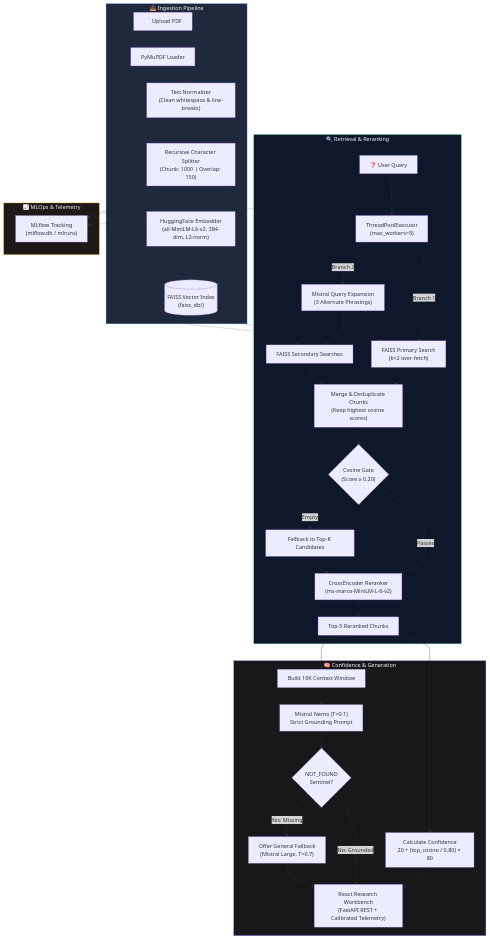
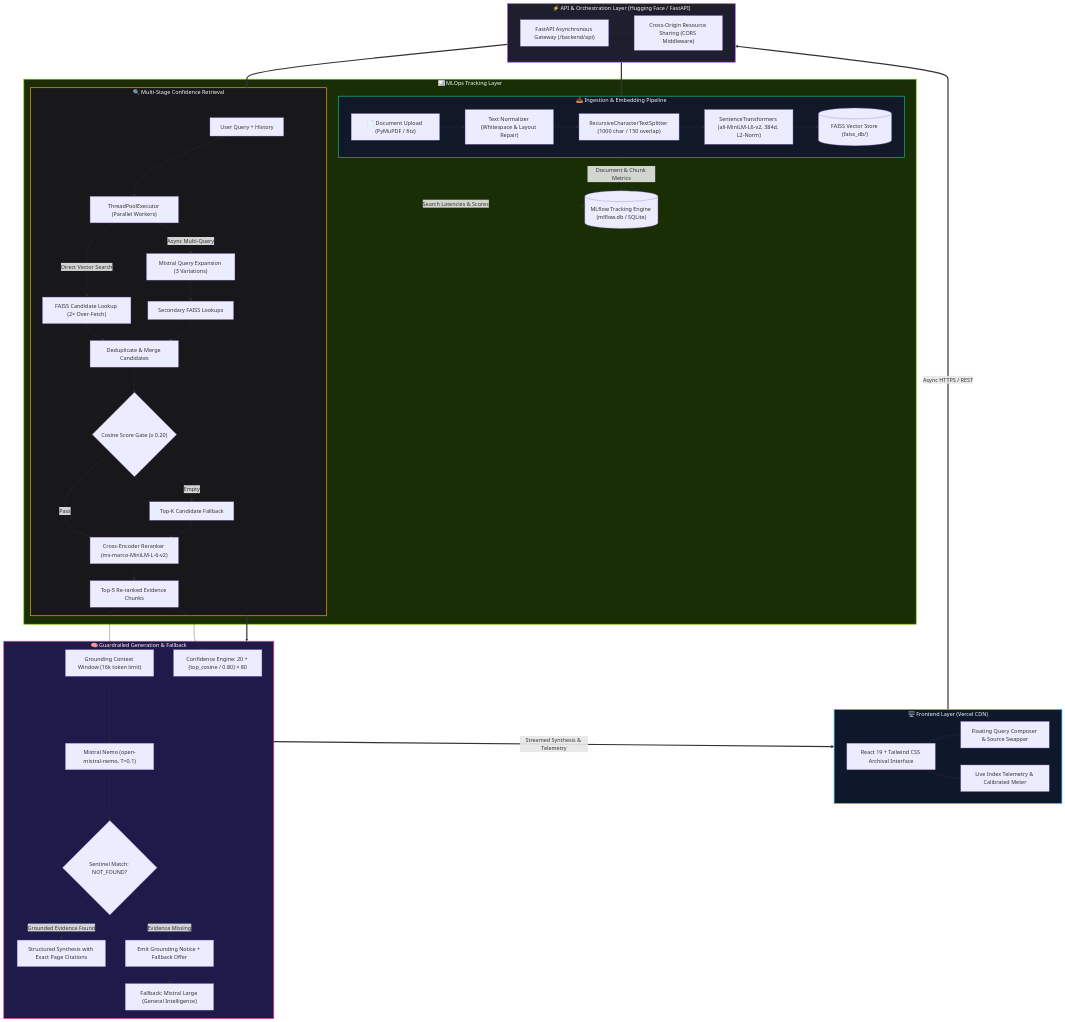
Before and after one commit to kumarvishal10351/-AURA-Adaptive-Unified-Retrieval-Assistant: the diagram in README.md, drawn with Mermaid. The commit also changed other lines of this file, not shown here.

Commit message:
docs: update comprehensive recruiter-ready README with live links and architecture details

````diff
--- a/README.md
+++ b/README.md
@@ -122,52 +85,71 @@
 ```mermaid
 flowchart TD
-    subgraph INGESTION ["📥 Ingestion Pipeline"]
-        A["📄 Upload PDF"] --> B["PyMuPDF Loader"]
-        B --> C["Text Normalizer<br/>(Clean whitespace & line-breaks)"]
-        C --> D["Recursive Character Splitter<br/>(Chunk: 1000 | Overlap: 150)"]
-        D --> E["HuggingFace Embedder<br/>(all-MiniLM-L6-v2, 384-dim, L2-norm)"]
-        E --> F[("FAISS Vector Index<br/>(faiss_db/)")]
+    subgraph CLIENT ["🖥️ Frontend Layer (Vercel CDN)"]
+        UI["React 19 + Tailwind CSS Archival Interface"]
+        COMP["Floating Query Composer & Source Swapper"]
+        TEL["Live Index Telemetry & Calibrated Meter"]
+        UI --- COMP
+        UI --- TEL
     end
 
-    subgraph RETRIEVAL ["🔍 Retrieval & Reranking"]
-        Q["❓ User Query"] --> PE["ThreadPoolExecutor<br/>(max_workers=5)"]
-        PE -->|"Branch 1"| FQ["FAISS Primary Search<br/>(k×2 over-fetch)"]
-        PE -->|"Branch 2"| QE["Mistral Query Expansion<br/>(3 Alternate Phrasings)"]
-        QE --> EQF["FAISS Secondary Searches"]
-        
-        FQ --> M["Merge & Deduplicate Chunks<br/>(Keep highest cosine scores)"]
-        EQF --> M
-        F -.-> FQ
-        F -.-> EQF
-
-        M --> GATE{"Cosine Gate<br/>(Score ≥ 0.20)"}
-        GATE -->|"Passes"| CE["CrossEncoder Reranker<br/>(ms-marco-MiniLM-L-6-v2)"]
-        GATE -->|"Empty"| FB_K["Fallback to Top-K Candidates"]
-        FB_K --> CE
-
-        CE --> TOP5["Top-5 Reranked Chunks"]
+    subgraph API_GATEWAY ["⚡ API & Orchestration Layer (Hugging Face / FastAPI)"]
+        FROUTER["FastAPI Asynchronous Gateway (/backend/api)"]
+        CORS["Cross-Origin Resource Sharing (CORS Middleware)"]
+        FROUTER --- CORS
     end
 
-    subgraph GENERATION ["🧠 Confidence & Generation"]
-        TOP5 --> CS["Calculate Confidence<br/>20 + (top_cosine / 0.80) × 80"]
-        TOP5 --> CTX["Build 16K Context Window"]
-        CTX --> LLM["Mistral Nemo (T=0.1)<br/>Strict Grounding Prompt"]
-        CS --> UI["React Research Workbench<br/>(FastAPI REST + Calibrated Telemetry)"]
-        LLM --> NF{"NOT_FOUND<br/>Sentinel?"}
-        NF -->|"No: Grounded"| UI
-        NF -->|"Yes: Missing"| FBO["Offer General Fallback<br/>(Mistral Large, T=0.7)"]
-        FBO --> UI
+    subgraph INGESTION ["📥 Ingestion & Embedding Pipeline"]
+        PDF["📄 Document Upload (PyMuPDF / fitz)"]
+        CLEAN["Text Normalizer (Whitespace & Layout Repair)"]
+        SPLIT["RecursiveCharacterTextSplitter (1000 char / 150 overlap)"]
+        EMBED["SentenceTransformers (all-MiniLM-L6-v2, 384d, L2-Norm)"]
+        FAISS_DB[("FAISS Vector Store (faiss_db/)")]
+
+        PDF --> CLEAN --> SPLIT --> EMBED --> FAISS_DB
     end
 
+    subgraph RETRIEVAL ["🔍 Multi-Stage Confidence Retrieval"]
+        Q["User Query + History"] --> PE["ThreadPoolExecutor (Parallel Workers)"]
+        PE -->|"Direct Vector Search"| FQ["FAISS Candidate Lookup (2× Over-Fetch)"]
+        PE -->|"Async Multi-Query"| QE["Mistral Query Expansion (3 Variations)"]
+        QE --> SQ["Secondary FAISS Lookups"]
+        
+        FQ & SQ --> MERGE["Deduplicate & Merge Candidates"]
+        MERGE --> GATE{"Cosine Score Gate (≥ 0.20)"}
+        
+        GATE -->|"Pass"| CE["Cross-Encoder Reranker (ms-marco-MiniLM-L-6-v2)"]
+        GATE -->|"Empty"| FALLBACK_K["Top-K Candidate Fallback"] --> CE
 
-    subgraph MLOPS ["📈 MLOps & Telemetry"]
-        B -.-> ML["MLflow Tracking<br/>(mlflow.db / mlruns)"]
-        D -.-> ML
-        Q -.-> ML
+        CE --> TOP5["Top-5 Re-ranked Evidence Chunks"]
     end
 
-    style INGESTION fill:#1e293b,stroke:#3b82f6,color:#f8fafc
-    style RETRIEVAL fill:#0f172a,stroke:#10b981,color:#f8fafc
-    style GENERATION fill:#18181b,stroke:#8b5cf6,color:#f8fafc
-    style MLOPS fill:#1c1917,stroke:#f59e0b,color:#f8fafc
+    subgraph GENERATION ["🧠 Guardrailed Generation & Fallback"]
+        TOP5 --> CALC["Confidence Engine: 20 + (top_cosine / 0.80) × 80"]
+        TOP5 --> PROMPT["Grounding Context Window (16k token limit)"]
+        PROMPT --> MISTRAL_NEMO["Mistral Nemo (open-mistral-nemo, T=0.1)"]
+        
+        MISTRAL_NEMO --> CHECK{"Sentinel Match: NOT_FOUND?"}
+        CHECK -->|"Grounded Evidence Found"| SYNTHESIS["Structured Synthesis with Exact Page Citations"]
+        CHECK -->|"Evidence Missing"| SENTINEL["Emit Grounding Notice + Fallback Offer"]
+        SENTINEL --> MISTRAL_LARGE["Fallback: Mistral Large (General Intelligence)"]
+    end
+
+    subgraph MLOPS ["📊 MLOps Tracking Layer"]
+        MLFLOW[("MLflow Tracking Engine (mlflow.db / SQLite)")]
+        INGESTION -.->|"Document & Chunk Metrics"| MLFLOW
+        RETRIEVAL -.->|"Search Latencies & Scores"| MLFLOW
+    end
+
+    CLIENT ==>|"Async HTTPS / REST"| API_GATEWAY
+    API_GATEWAY ==> INGESTION
+    API_GATEWAY ==> RETRIEVAL
+    RETRIEVAL ==> GENERATION
+    GENERATION ==>|"Streamed Synthesis & Telemetry"| CLIENT
+
+    style CLIENT fill:#0f172a,stroke:#38bdf8,stroke-width:2px,color:#f8fafc
+    style API_GATEWAY fill:#1e1e2e,stroke:#a855f7,stroke-width:2px,color:#f8fafc
+    style INGESTION fill:#111827,stroke:#10b981,stroke-width:2px,color:#f8fafc
+    style RETRIEVAL fill:#18181b,stroke:#f59e0b,stroke-width:2px,color:#f8fafc
+    style GENERATION fill:#1e1b4b,stroke:#ec4899,stroke-width:2px,color:#f8fafc
+    style MLOPS fill:#1a2e05,stroke:#84cc16,stroke-width:2px,color:#f8fafc
 ```
````
